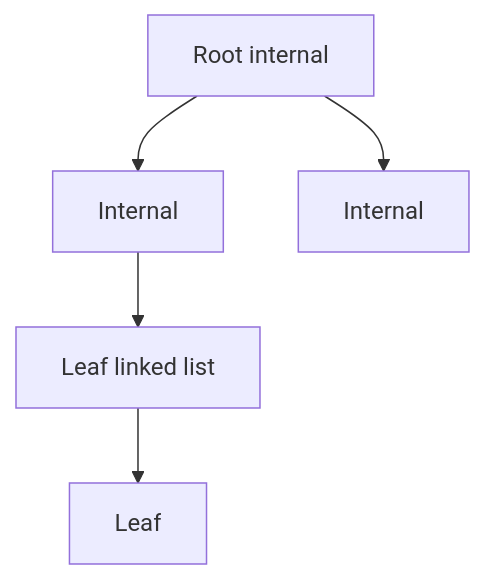
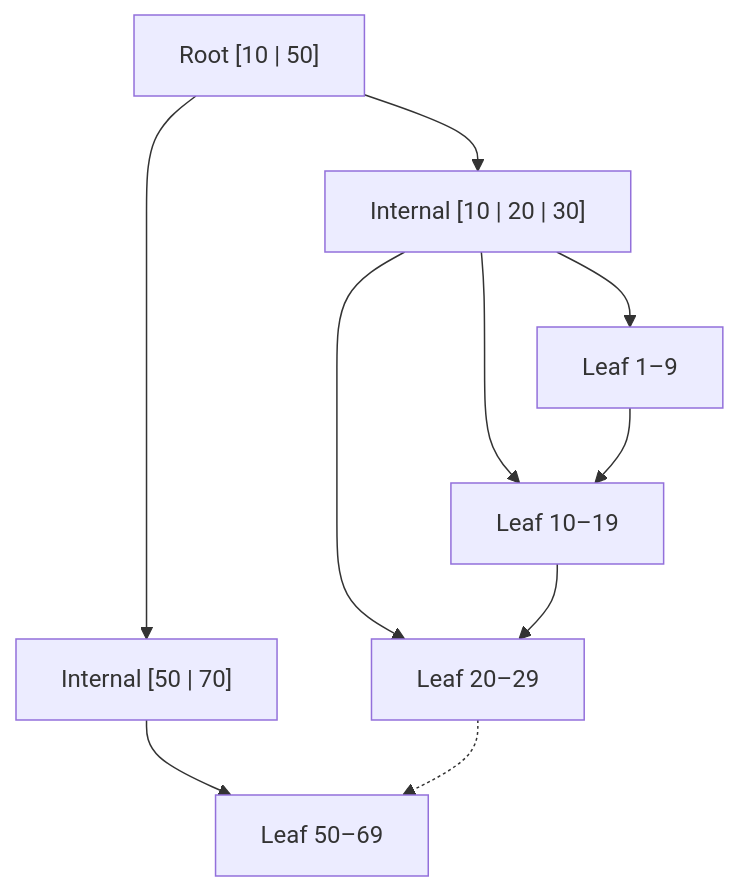
One commit to hareramcse/SystemDesign changed the fourth of 21 diagrams in 02-databases/README.md. Above: the diagram before and after it, drawn with Mermaid. The commit also changed other lines of this file and 14 other files, not shown here.

````diff
--- a/02-databases/README.md
+++ b/02-databases/README.md
@@ -231,7 +267,19 @@
 ```mermaid
 flowchart TB
-    Root[Root internal] --> I1[Internal]
-    Root --> I2[Internal]
-    I1 --> L1[Leaf linked list]
-    L1 --> L2[Leaf]
+    Root["Root [10 | 50]"]
+    I1["Internal [10 | 20 | 30]"]
+    I2["Internal [50 | 70]"]
+    L1["Leaf 1–9"]
+    L2["Leaf 10–19"]
+    L3["Leaf 20–29"]
+    L4["Leaf 50–69"]
+    Root --> I1
+    Root --> I2
+    I1 --> L1
+    I1 --> L2
+    I1 --> L3
+    I2 --> L4
+    L1 --> L2
+    L2 --> L3
+    L3 -.-> L4
 ```
````
